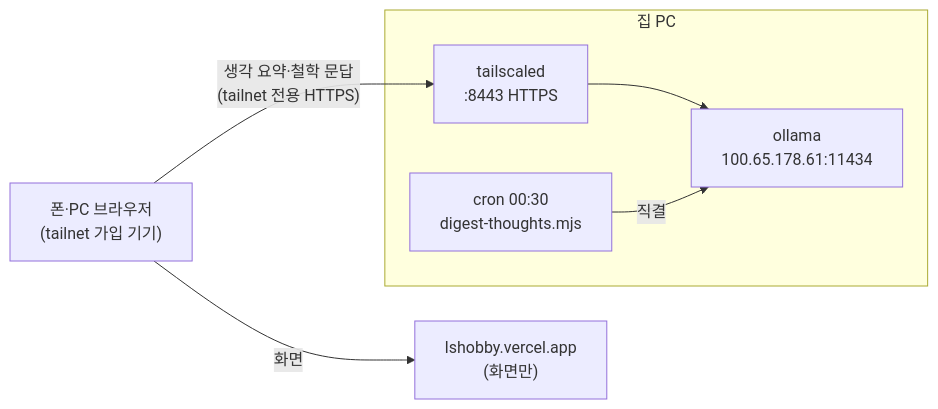
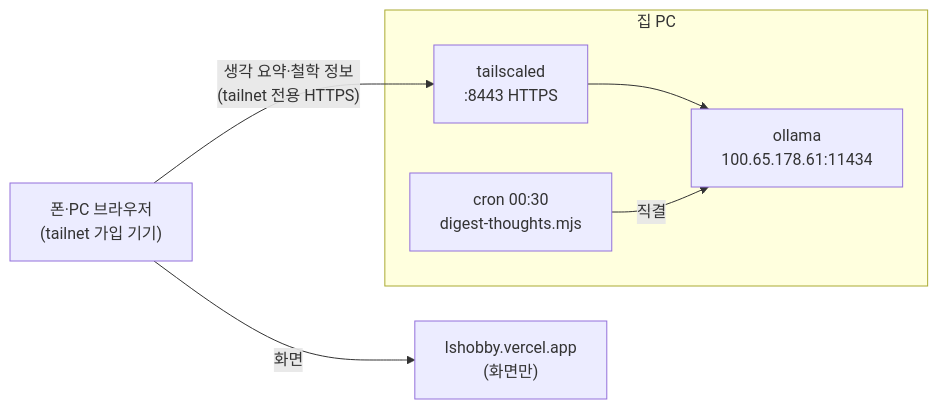
One commit to LeeSongHeon-LSH/LSHobby changed the fourth of 4 diagrams in docs/16-infra.md. Above: the diagram before and after it, drawn with Mermaid. The commit also changed other lines of this file and 6 other files, not shown here.

````diff
--- a/docs/16-infra.md
+++ b/docs/16-infra.md
@@ -159,13 +159,13 @@
 ```mermaid
 flowchart LR
     P["폰·PC 브라우저<br/>(tailnet 가입 기기)"]
     V["lshobby.vercel.app<br/>(화면만)"]
     subgraph home["집 PC"]
         TS["tailscaled<br/>:8443 HTTPS"]
         OL["ollama<br/>100.65.178.61:11434"]
         CR["cron 00:30<br/>digest-thoughts.mjs"]
     end
     P -- 화면 --> V
-    P -- "생각 요약·철학 문답<br/>(tailnet 전용 HTTPS)" --> TS --> OL
+    P -- "생각 요약·철학 정보<br/>(tailnet 전용 HTTPS)" --> TS --> OL
     CR -- 직결 --> OL
 ```
````
